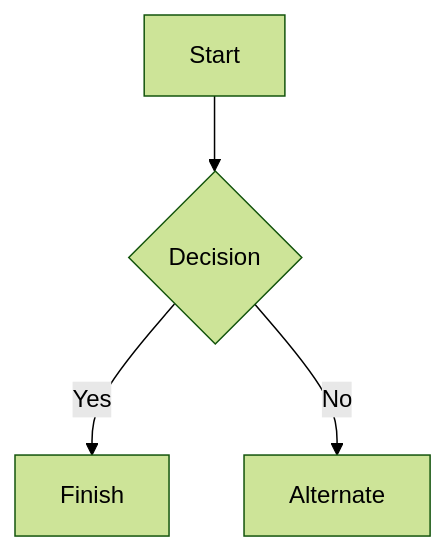
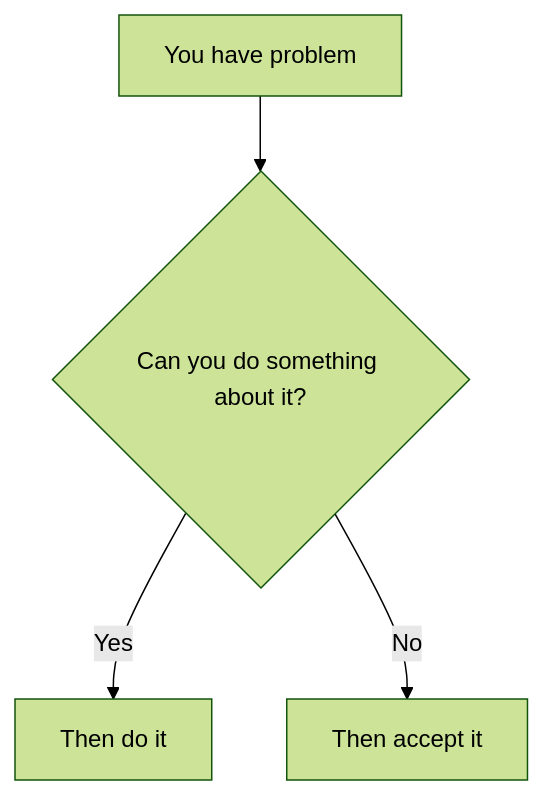
The diagram in README.md (zakarfihabanno/Twilight-To-Power), drawn with Mermaid (forest theme) before and after one commit. The commit also changed other lines of this file, not shown here.

````diff
--- a/README.md
+++ b/README.md
@@ -10,6 +18,6 @@
 ```mermaid
 graph TD
-  A[Start] --> B{Decision}
-  B -->|Yes| C[Finish]
-  B -->|No| D[Alternate]
+  A[You have problem] --> B{Can you do something about it?}
+  B -->|Yes| C[Then do it]
+  B -->|No| D[Then accept it]
 ```
````
